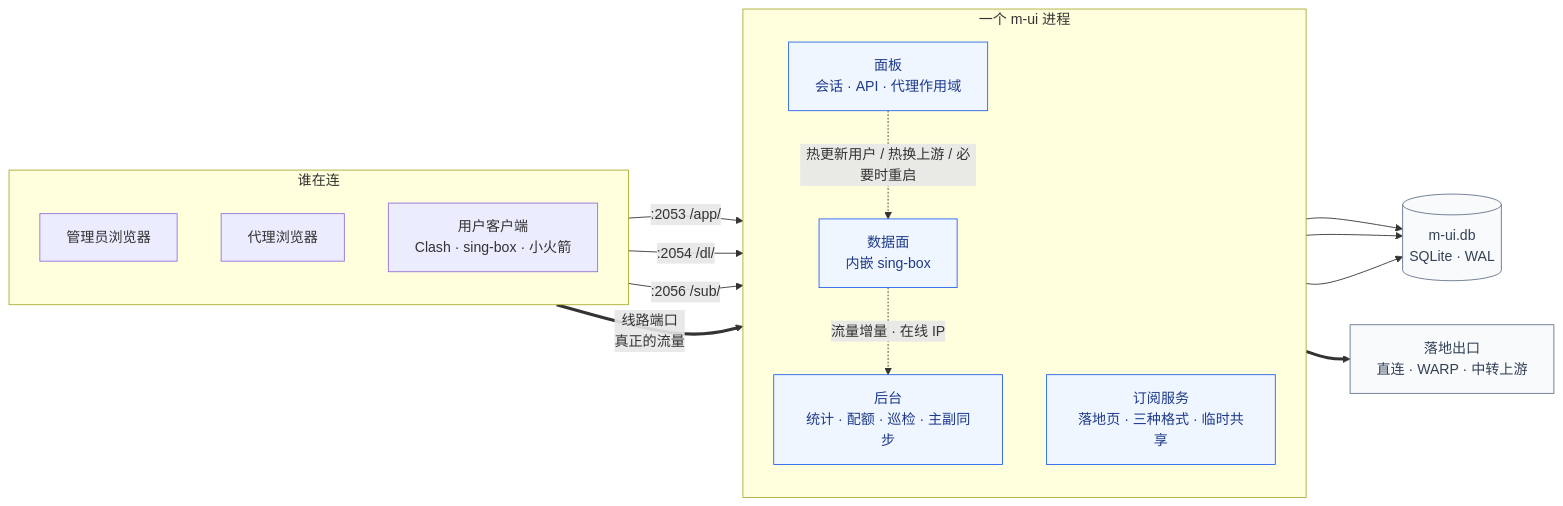
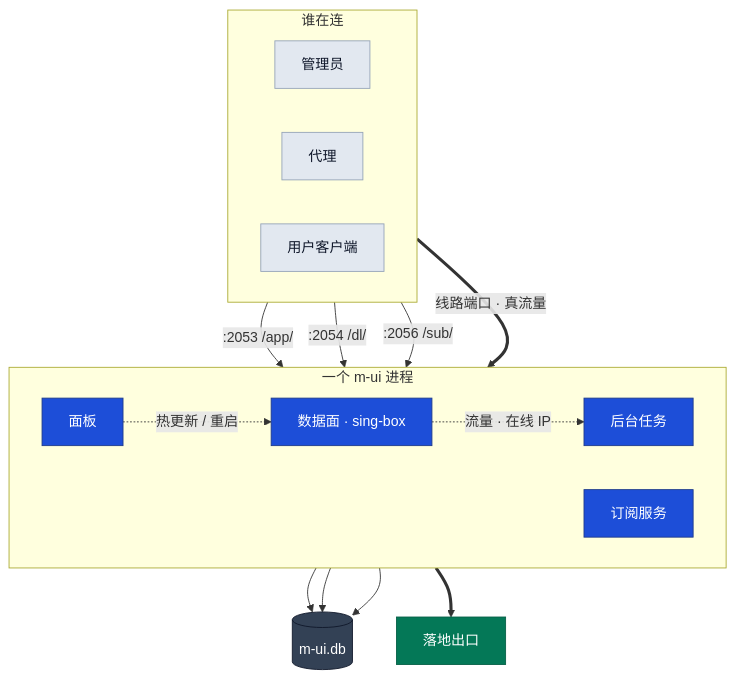
The first of 5 diagrams in README.md (Maoyangui/m-ui), drawn with Mermaid before and after one commit. The commit also changed other lines of this file and 1 other file, not shown here.

Commit message:
README 架构图重画:五张图在 GitHub 上原来有两张会被压到 67% 和 82%,文字跟着缩小到看不清 —— 图一从三列横排改成分层,图二把干跑用的解析器和运行中的数据面合成一个 sing-box(本来就是同一个),现在五张全部在正文宽度内按原尺寸渲染。配色改成每个节点都显式给底色与字色(深底白字、浅底近黑字),不再依赖主题默认值,GitHub 明暗两种主题下都够对比;去掉顺序图里那块近白色的 rect,它在深色模式下就是白底白字。内容一并更新:副机报告里加上上游巡检结果,数据模型标出分配可细到某台服务器、代理有用户数上限,后台节奏补上每小时清理日志与按设置巡检上游

````diff
--- a/README.md
+++ b/README.md
@@ -79,33 +79,38 @@
 ```mermaid
-flowchart LR
+flowchart TB
   subgraph WHO["谁在连"]
-    direction TB
-    ADM["管理员浏览器"]
-    DLR["代理浏览器"]
-    APP["用户客户端<br/>Clash · sing-box · 小火箭"]
+    direction LR
+    ADM["管理员"]
+    DLR["代理"]
+    APP["用户客户端"]
   end
 
   subgraph PROC["一个 m-ui 进程"]
-    direction TB
-    WEB["面板<br/>会话 · API · 代理作用域"]
-    SUB["订阅服务<br/>落地页 · 三种格式 · 临时共享"]
-    CORE["数据面<br/>内嵌 sing-box"]
-    BG["后台<br/>统计 · 配额 · 巡检 · 主副同步"]
+    direction LR
+    WEB["面板"]
+    SUB["订阅服务"]
+    CORE["数据面 · sing-box"]
+    BG["后台任务"]
   end
 
   ADM -->|":2053 /app/"| WEB
   DLR -->|":2054 /dl/"| WEB
   APP -->|":2056 /sub/"| SUB
-  APP ==>|"线路端口<br/>真正的流量"| CORE
-  WEB -.->|"热更新用户 / 热换上游 / 必要时重启"| CORE
-  CORE -.->|"流量增量 · 在线 IP"| BG
-  WEB --> DB[("m-ui.db<br/>SQLite · WAL")]
+  APP ==>|"线路端口 · 真流量"| CORE
+  WEB -.->|"热更新 / 重启"| CORE
+  CORE -.->|"流量 · 在线 IP"| BG
+  WEB --> DB[("m-ui.db")]
   SUB --> DB
   BG --> DB
-  CORE ==> OUT["落地出口<br/>直连 · WARP · 中转上游"]
+  CORE ==> OUT["落地出口"]
 
-  classDef box fill:#eff6ff,stroke:#2563eb,color:#1e3a8a
-  classDef store fill:#f8fafc,stroke:#64748b,color:#334155
-  class WEB,SUB,CORE,BG box
-  class DB,OUT store
+  classDef svc fill:#1d4ed8,stroke:#1e3a8a,color:#ffffff,stroke-width:1px
+  classDef who fill:#e2e8f0,stroke:#94a3b8,color:#0f172a,stroke-width:1px
+  classDef data fill:#334155,stroke:#0f172a,color:#ffffff,stroke-width:1px
+  classDef exit fill:#047857,stroke:#065f46,color:#ffffff,stroke-width:1px
+  classDef warn fill:#b91c1c,stroke:#7f1d1d,color:#ffffff,stroke-width:1px
+  class ADM,DLR,APP who
+  class WEB,SUB,CORE,BG svc
+  class DB data
+  class OUT exit
 ```
````
